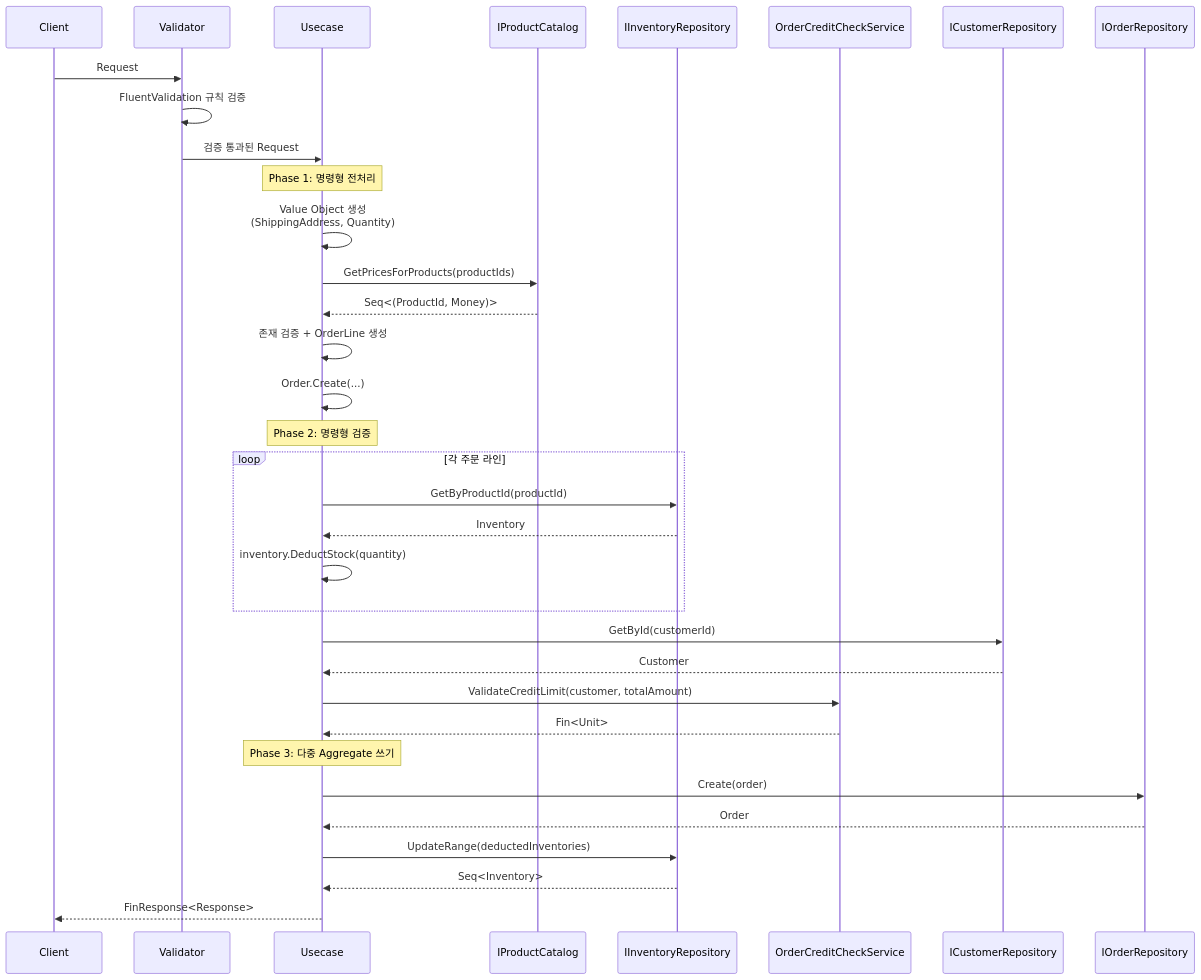
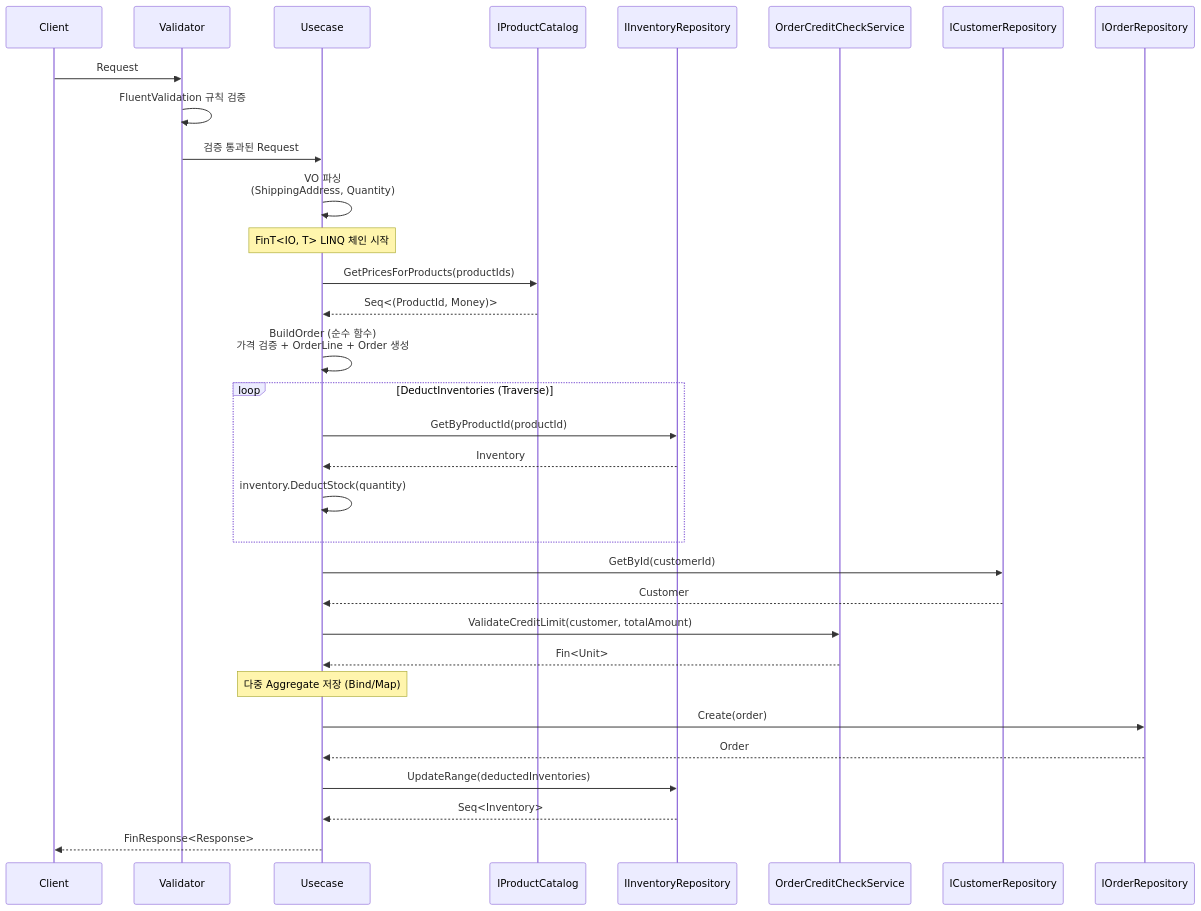
One commit to hhko/Functorium changed the second of 2 diagrams in Docs.Site/src/content/docs/samples/ecommerce-ddd/application/02-code-design.md. Above: the diagram before and after it, drawn with Mermaid. The commit also changed other lines of this file and 1 other file, not shown here.

First line of the commit message:
docs(ecommerce-ddd): PlaceOrderCommand 함수형 리팩터링 반영 문서 갱신

````diff
--- a/Docs.Site/src/content/docs/samples/ecommerce-ddd/application/02-code-design.md
+++ b/Docs.Site/src/content/docs/samples/ecommerce-ddd/application/02-code-design.md
@@ -684,41 +732,40 @@
 ```mermaid
 sequenceDiagram
     participant Client
     participant Validator
     participant Usecase
     participant ProductCatalog as IProductCatalog
     participant InventoryRepo as IInventoryRepository
     participant CreditCheck as OrderCreditCheckService
     participant CustomerRepo as ICustomerRepository
     participant OrderRepo as IOrderRepository
 
     Client->>Validator: Request
     Validator->>Validator: FluentValidation 규칙 검증
     Validator->>Usecase: 검증 통과된 Request
 
-    Note over Usecase: Phase 1: 명령형 전처리
-    Usecase->>Usecase: Value Object 생성<br/>(ShippingAddress, Quantity)
+    Usecase->>Usecase: VO 파싱<br/>(ShippingAddress, Quantity)
+
+    Note over Usecase: FinT<IO, T> LINQ 체인 시작
+
     Usecase->>ProductCatalog: GetPricesForProducts(productIds)
     ProductCatalog-->>Usecase: Seq<(ProductId, Money)>
-    Usecase->>Usecase: 존재 검증 + OrderLine 생성
-    Usecase->>Usecase: Order.Create(...)
-
-    Note over Usecase: Phase 2: 명령형 검증
-    loop 각 주문 라인
+    Usecase->>Usecase: BuildOrder (순수 함수)<br/>가격 검증 + OrderLine + Order 생성
+    loop DeductInventories (Traverse)
         Usecase->>InventoryRepo: GetByProductId(productId)
         InventoryRepo-->>Usecase: Inventory
         Usecase->>Usecase: inventory.DeductStock(quantity)
     end
     Usecase->>CustomerRepo: GetById(customerId)
     CustomerRepo-->>Usecase: Customer
     Usecase->>CreditCheck: ValidateCreditLimit(customer, totalAmount)
     CreditCheck-->>Usecase: Fin<Unit>
 
-    Note over Usecase: Phase 3: 다중 Aggregate 쓰기
+    Note over Usecase: 다중 Aggregate 저장 (Bind/Map)
     Usecase->>OrderRepo: Create(order)
     OrderRepo-->>Usecase: Order
     Usecase->>InventoryRepo: UpdateRange(deductedInventories)
     InventoryRepo-->>Usecase: Seq<Inventory>
 
     Usecase-->>Client: FinResponse<Response>
 ```
````
